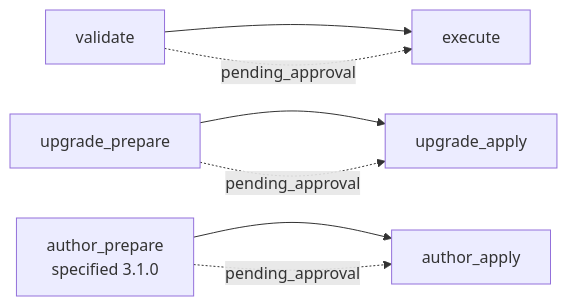
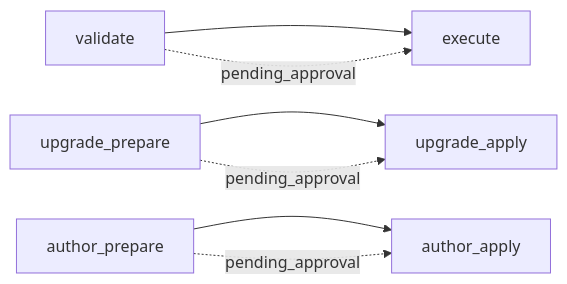
Before and after one commit to theocarranza/orchestration-quality-control-agnostic: the diagram in orchestration-quality-control/SKILL.md, drawn with Mermaid. The commit also changed other lines of this file and 23 other files, not shown here.

````diff
--- a/orchestration-quality-control/SKILL.md
+++ b/orchestration-quality-control/SKILL.md
@@ -57,9 +55,9 @@
 ```mermaid
 flowchart LR
   V["validate"] --> E["execute"]
   UP["upgrade_prepare"] --> UA["upgrade_apply"]
-  AP["author_prepare<br/>specified 3.1.0"] --> AA["author_apply"]
+  AP["author_prepare"] --> AA["author_apply"]
   V -.->|"pending_approval"| E
   UP -.->|"pending_approval"| UA
   AP -.->|"pending_approval"| AA
 ```
````
